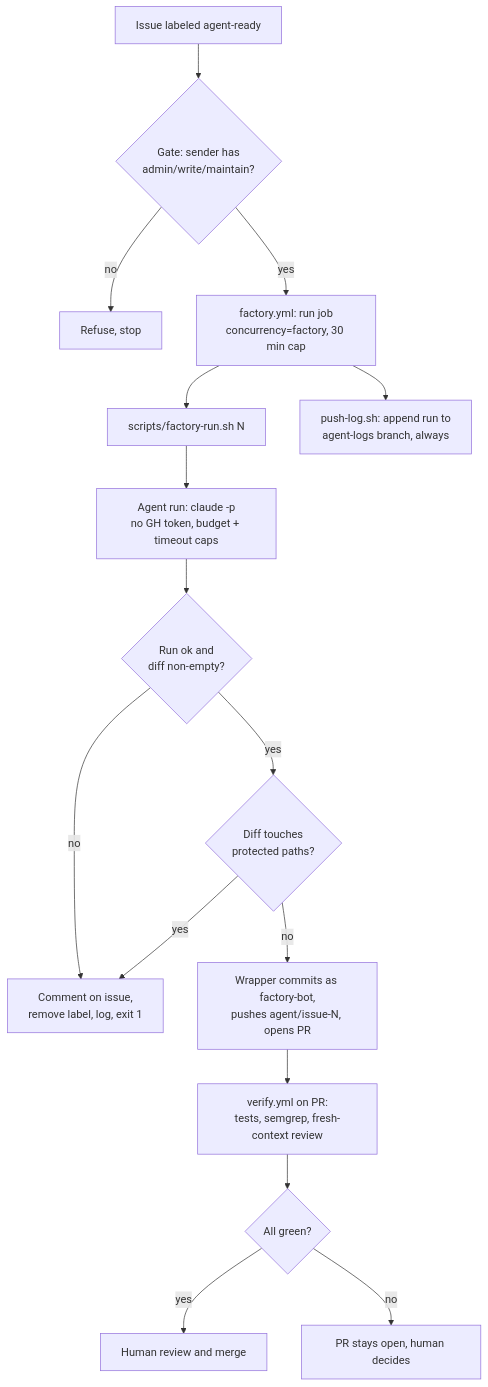
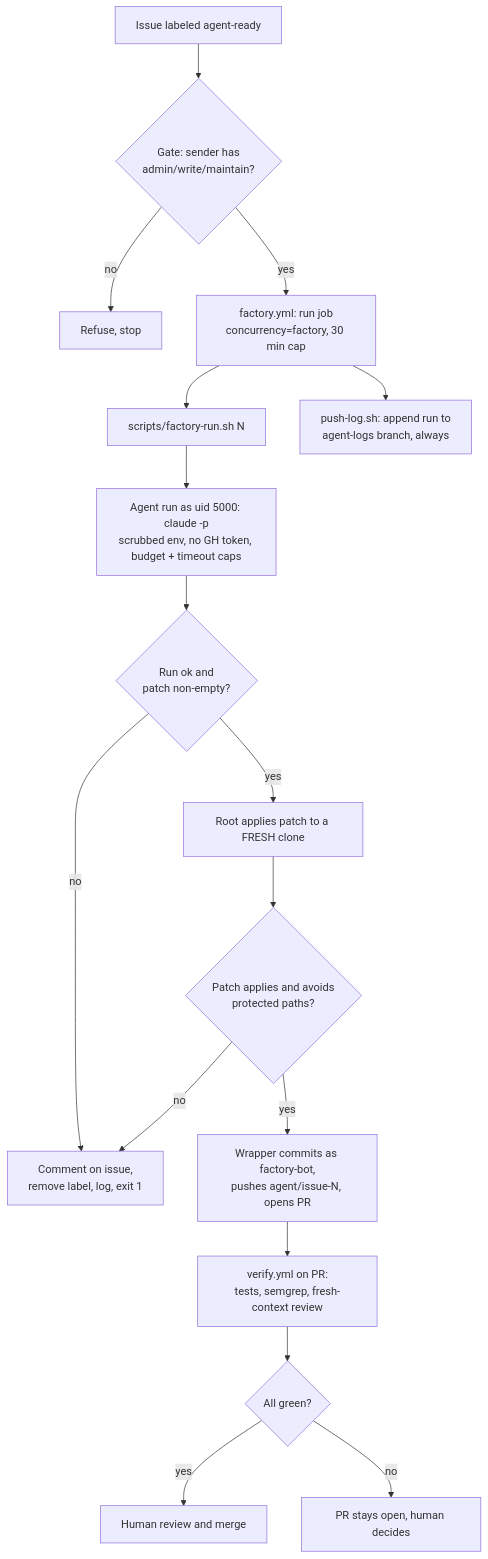
The first of 3 diagrams in README.md (fasoulas/factory-sandbox), drawn with Mermaid before and after one commit. The commit also changed other lines of this file, not shown here.

First line of the commit message:
docs: README covers privilege separation, patch flow, uid 5000, new statuses

````diff
--- a/README.md
+++ b/README.md
@@ -9,18 +9,19 @@
 ```mermaid
 flowchart TD
     A[Issue labeled agent-ready] --> B{Gate: sender has<br/>admin/write/maintain?}
     B -- no --> X1[Refuse, stop]
     B -- yes --> C[factory.yml: run job<br/>concurrency=factory, 30 min cap]
     C --> D[scripts/factory-run.sh N]
-    D --> E[Agent run: claude -p<br/>no GH token, budget + timeout caps]
-    E --> F{Run ok and<br/>diff non-empty?}
+    D --> E[Agent run as uid 5000: claude -p<br/>scrubbed env, no GH token, budget + timeout caps]
+    E --> F{Run ok and<br/>patch non-empty?}
     F -- no --> X2[Comment on issue,<br/>remove label, log, exit 1]
-    F -- yes --> G{Diff touches<br/>protected paths?}
-    G -- yes --> X2
-    G -- no --> H[Wrapper commits as factory-bot,<br/>pushes agent/issue-N, opens PR]
+    F -- yes --> G[Root applies patch to a FRESH clone]
+    G --> G2{Patch applies and avoids<br/>protected paths?}
+    G2 -- no --> X2
+    G2 -- yes --> H[Wrapper commits as factory-bot,<br/>pushes agent/issue-N, opens PR]
     H --> I[verify.yml on PR:<br/>tests, semgrep, fresh-context review]
     I --> J{All green?}
     J -- yes --> K[Human review and merge]
     J -- no --> L[PR stays open, human decides]
     C --> M[push-log.sh: append run to<br/>agent-logs branch, always]
 ```
````
